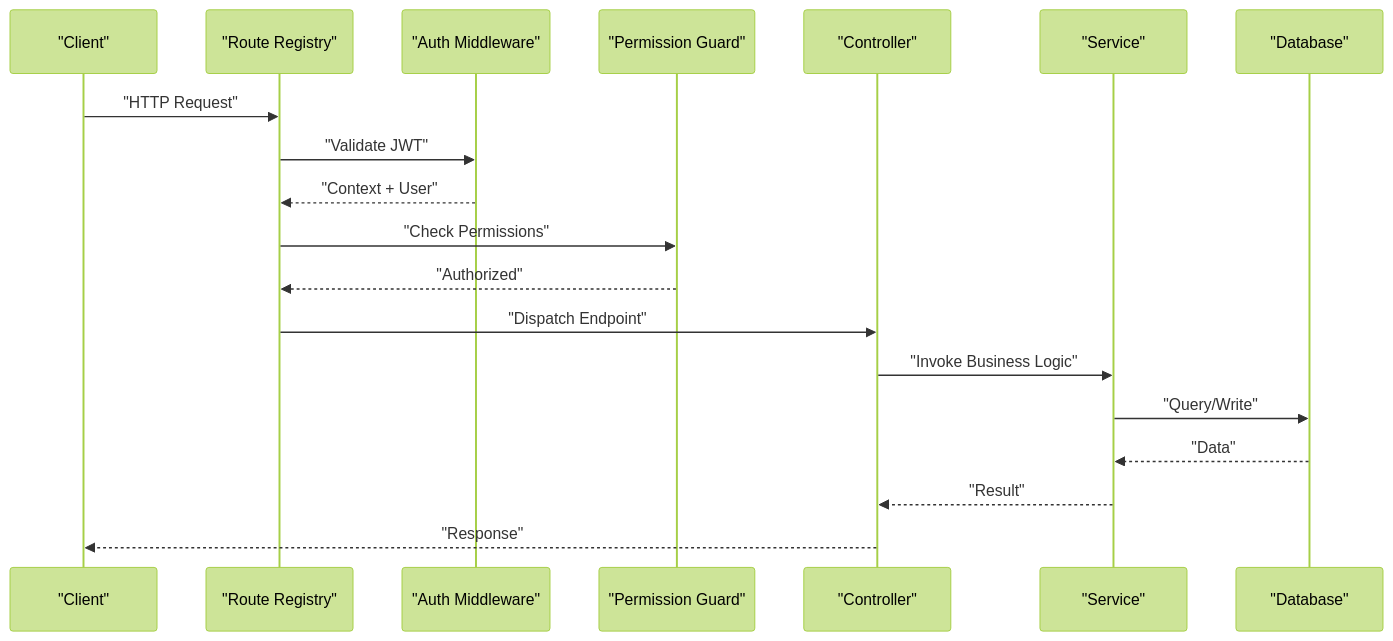
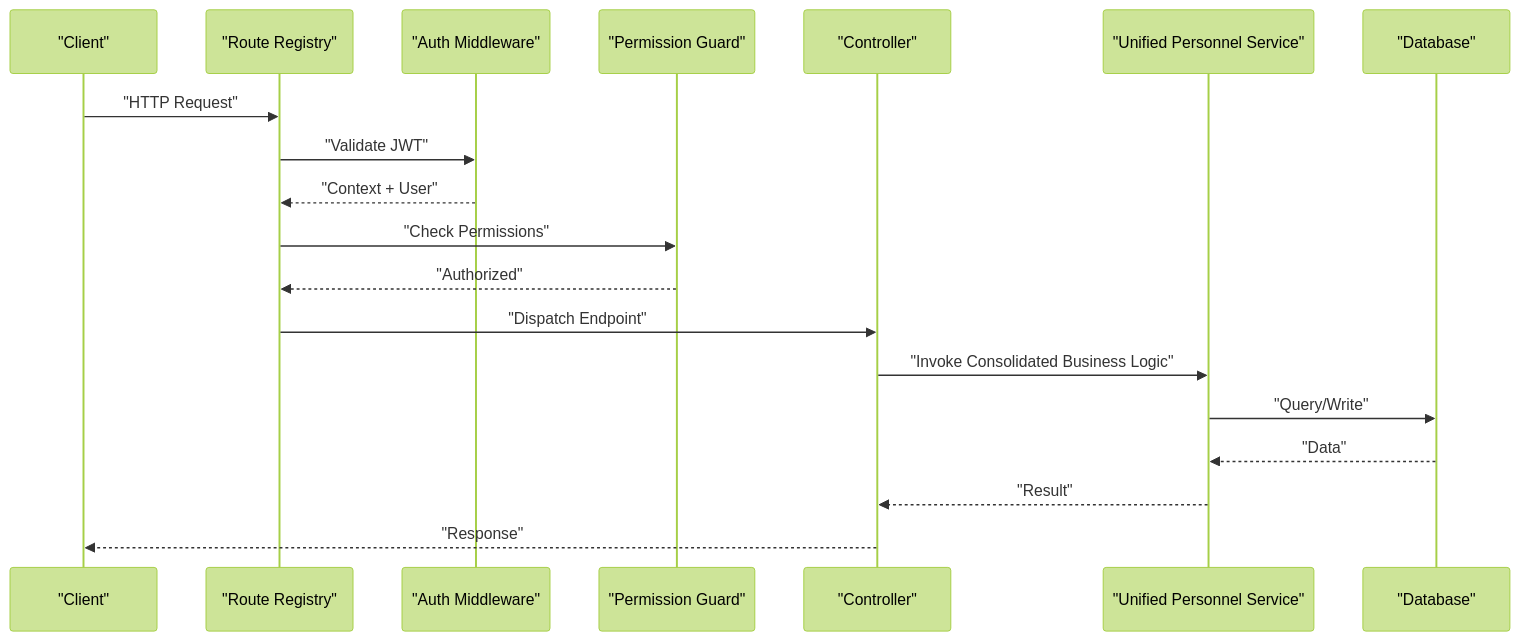
One commit to franckylab/eLISAschool changed the second of 7 diagrams in .qoder/repowiki/en/content/API Reference/Human Resources API/Personnel Administration API/Personnel Administration API.md. Above: the diagram before and after it, drawn with Mermaid (forest theme). The commit also changed other lines of this file and 102 other files, not shown here.

````diff
--- a/.qoder/repowiki/en/content/API Reference/Human Resources API/Personnel Administration API/Personnel Administration API.md
+++ b/.qoder/repowiki/en/content/API Reference/Human Resources API/Personnel Administration API/Personnel Administration API.md
@@ -173,21 +183,21 @@
 ```mermaid
 sequenceDiagram
 participant Client as "Client"
 participant Router as "Route Registry"
 participant Auth as "Auth Middleware"
 participant Guard as "Permission Guard"
 participant Ctrl as "Controller"
-participant Svc as "Service"
+participant Svc as "Unified Personnel Service"
 participant DB as "Database"
 Client->>Router : "HTTP Request"
 Router->>Auth : "Validate JWT"
 Auth-->>Router : "Context + User"
 Router->>Guard : "Check Permissions"
 Guard-->>Router : "Authorized"
 Router->>Ctrl : "Dispatch Endpoint"
-Ctrl->>Svc : "Invoke Business Logic"
+Ctrl->>Svc : "Invoke Consolidated Business Logic"
 Svc->>DB : "Query/Write"
 DB-->>Svc : "Data"
 Svc-->>Ctrl : "Result"
 Ctrl-->>Client : "Response"
 ```
````
